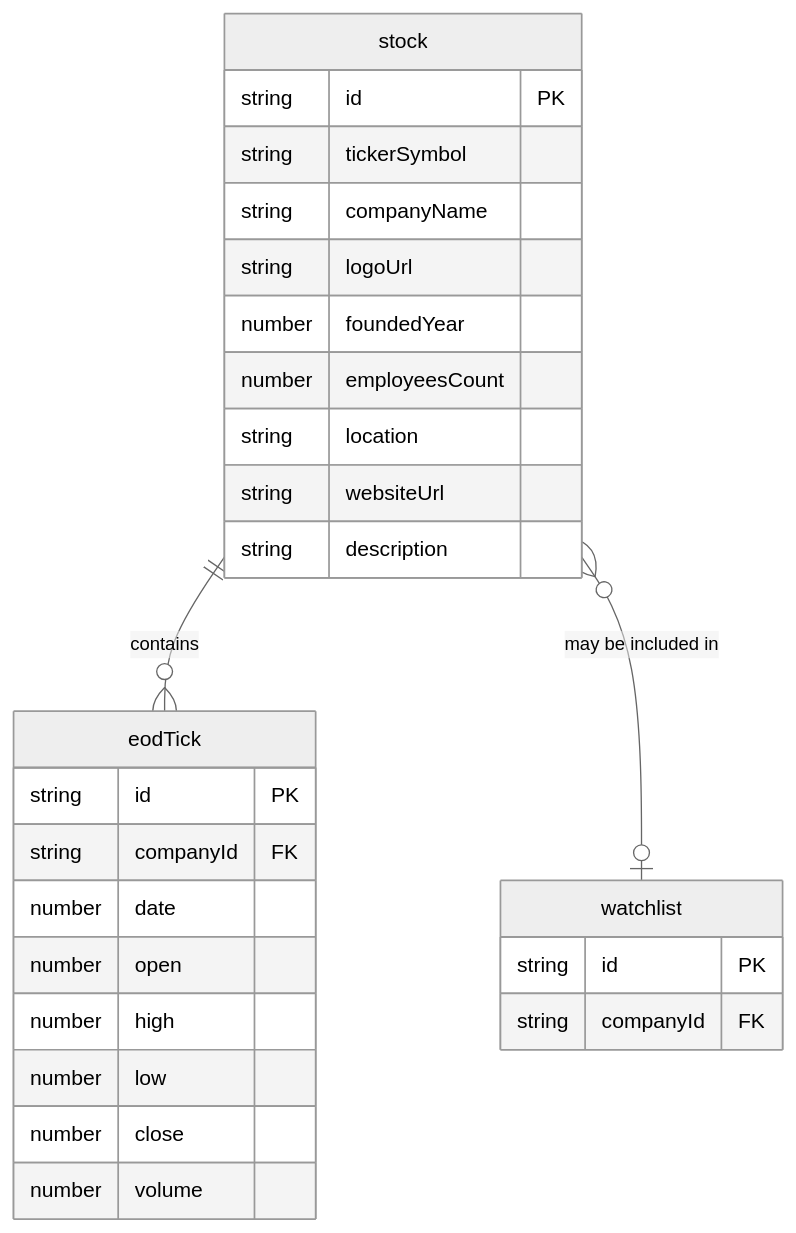
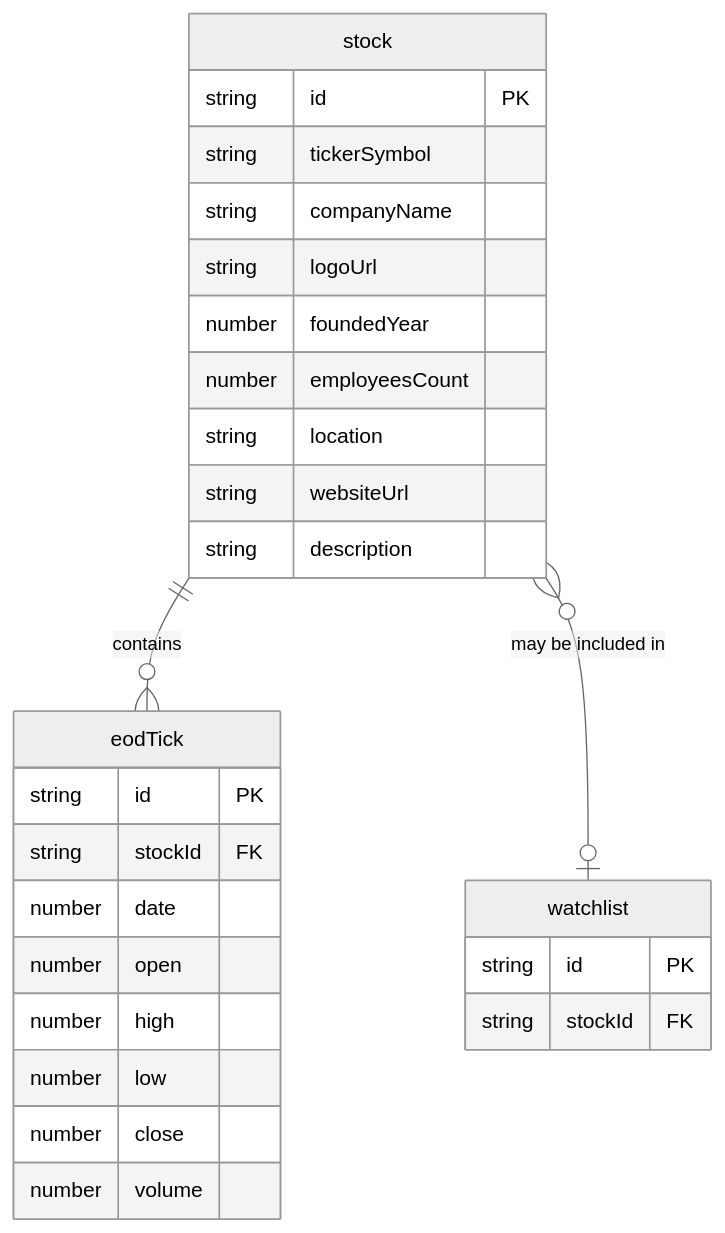
One commit to tiMtanic/asset-mate-react changed the diagram in README.md. Above: the diagram before and after it, drawn with Mermaid (neutral theme). The commit also changed 10 other files, not shown here.

````diff
--- a/README.md
+++ b/README.md
@@ -9,30 +9,30 @@
 ```mermaid
 erDiagram
     stock ||--o{ eodTick : contains
     stock {
       string id PK
       string tickerSymbol
       string companyName
       string logoUrl
       number foundedYear
       number employeesCount
       string location
       string websiteUrl
       string description
     }
     eodTick {
       string id PK
-      string companyId FK
+      string stockId FK
       number date
       number open
       number high
       number low
       number close
       number volume
     }
     stock }o--o| watchlist : "may be included in"
     watchlist {
       string id PK
-      string companyId FK
+      string stockId FK
     }
 ```
````
